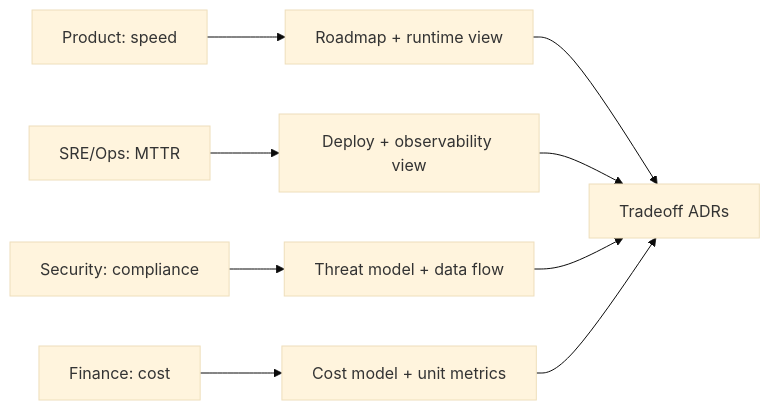
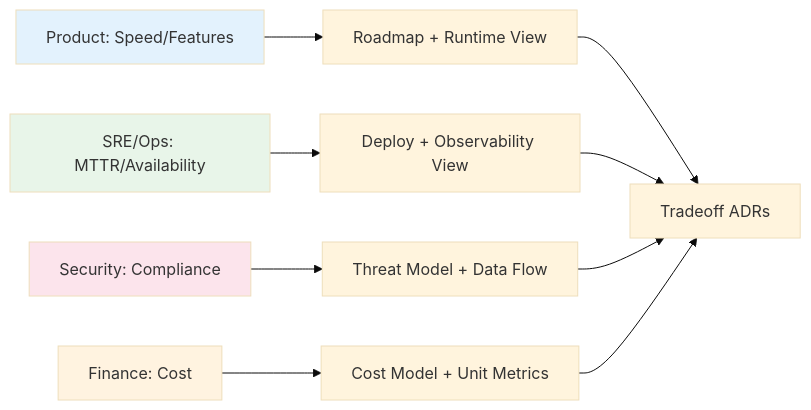
One commit to kotiansukesh/Engineering-Knowledge-System changed the diagram in Architect/01_Architecture-Foundations/Stakeholders-Concerns.md. Above: the diagram before and after it, drawn with Mermaid (base theme). The commit also changed other lines of this file and 546 other files, not shown here.

````diff
--- a/Architect/01_Architecture-Foundations/Stakeholders-Concerns.md
+++ b/Architect/01_Architecture-Foundations/Stakeholders-Concerns.md
@@ -14,11 +25,15 @@
 ```mermaid
 graph LR
- P[Product: speed] --> V1[Roadmap + runtime view]
- SRE[SRE/Ops: MTTR] --> V2[Deploy + observability view]
- SE[Security: compliance] --> V3[Threat model + data flow]
- F[Finance: cost] --> V4[Cost model + unit metrics]
- V1 --> ADR[Tradeoff ADRs]
- V2 --> ADR
- V3 --> ADR
- V4 --> ADR
+    P[Product: Speed/Features] --> V1[Roadmap + Runtime View]
+    SRE[SRE/Ops: MTTR/Availability] --> V2[Deploy + Observability View]
+    SE[Security: Compliance] --> V3[Threat Model + Data Flow]
+    F[Finance: Cost] --> V4[Cost Model + Unit Metrics]
+    V1 --> ADR[Tradeoff ADRs]
+    V2 --> ADR
+    V3 --> ADR
+    V4 --> ADR
+    style P fill:#e3f2fd
+    style SRE fill:#e8f5e9
+    style SE fill:#fce4ec
+    style F fill:#fff3e0
 ```
````
